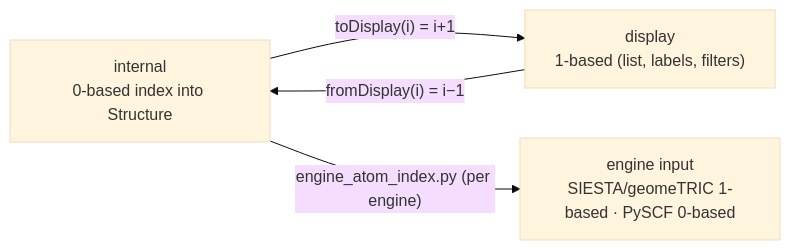
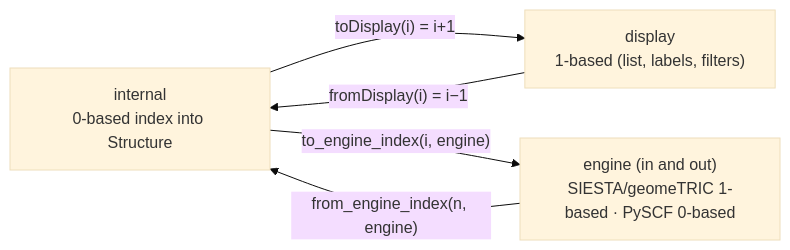
Before and after one commit to Qing-LAB/molbuilder: the second of 2 diagrams in docs/model/overview.md, drawn with Mermaid (base theme). The commit also changed other lines of this file and 4 other files, not shown here.

````diff
--- a/docs/model/overview.md
+++ b/docs/model/overview.md
@@ -79,9 +79,10 @@
 ```mermaid
 flowchart LR
     INT["internal<br/>0-based index into Structure"]
     DISP["display<br/>1-based (list, labels, filters)"]
-    ENG["engine input<br/>SIESTA/geomeTRIC 1-based · PySCF 0-based"]
+    ENG["engine (in and out)<br/>SIESTA/geomeTRIC 1-based · PySCF 0-based"]
     INT -- "toDisplay(i) = i+1" --> DISP
     DISP -- "fromDisplay(i) = i−1" --> INT
-    INT -- "engine_atom_index.py (per engine)" --> ENG
+    INT -- "to_engine_index(i, engine)" --> ENG
+    ENG -- "from_engine_index(n, engine)" --> INT
 ```
````
